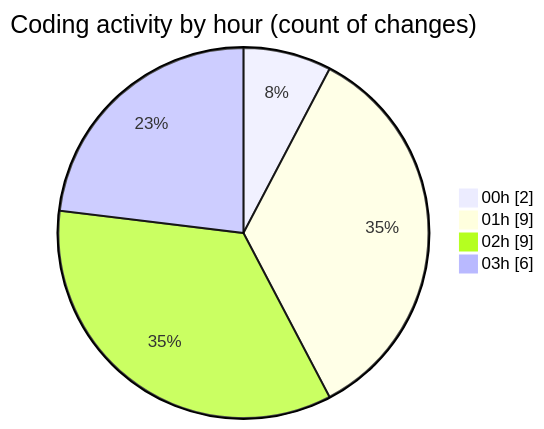
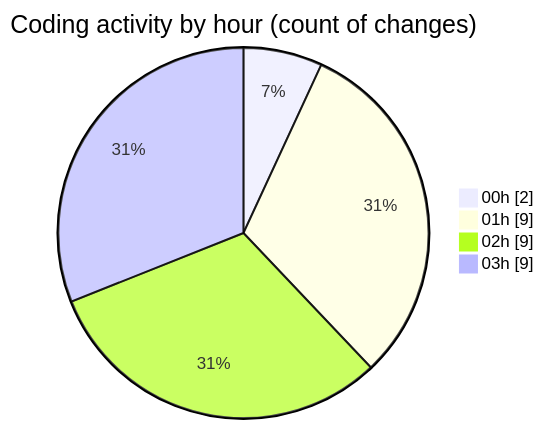
One commit to julien-gomy/code-tracking changed the second of 2 diagrams in 2025-10-17/cdp_aleoudev_fr__workspace_/README.md. Above: the diagram before and after it, drawn with Mermaid. The commit also changed other lines of this file and 1 other file, not shown here.

````diff
--- a/2025-10-17/cdp_aleoudev_fr__workspace_/README.md
+++ b/2025-10-17/cdp_aleoudev_fr__workspace_/README.md
@@ -32,8 +32,8 @@
 ```mermaid
 pie showData
 title Coding activity by hour (count of changes)
 "00h" : 2
 "01h" : 9
 "02h" : 9
-"03h" : 6
+"03h" : 9
 ```
````
